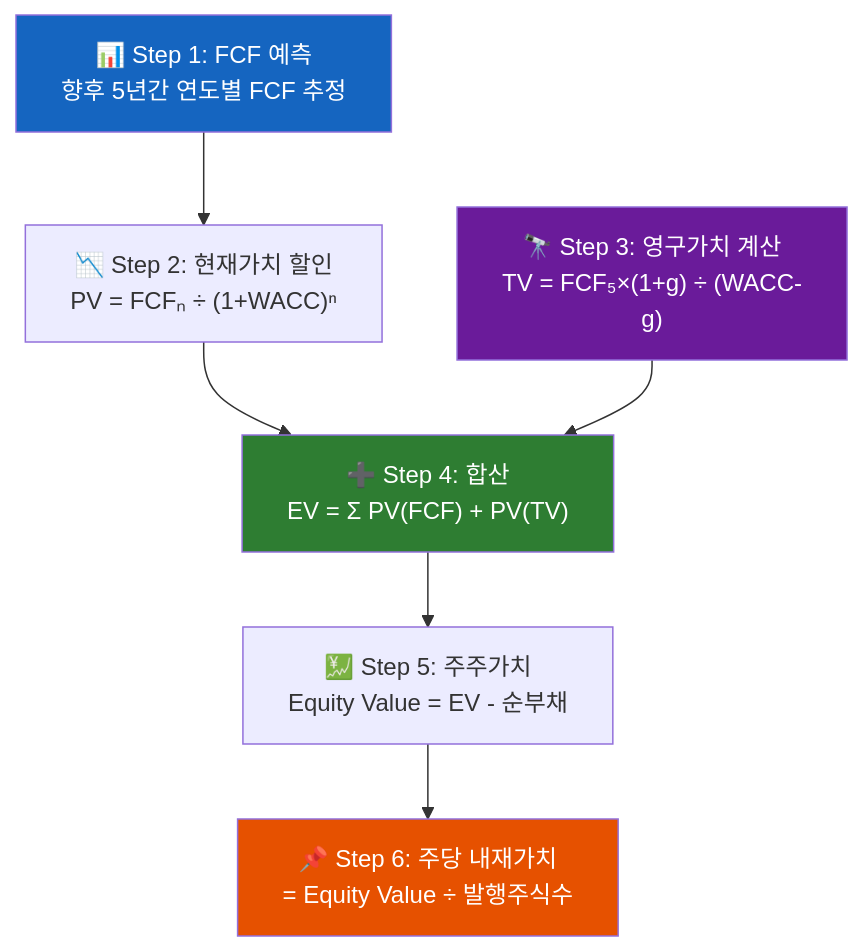
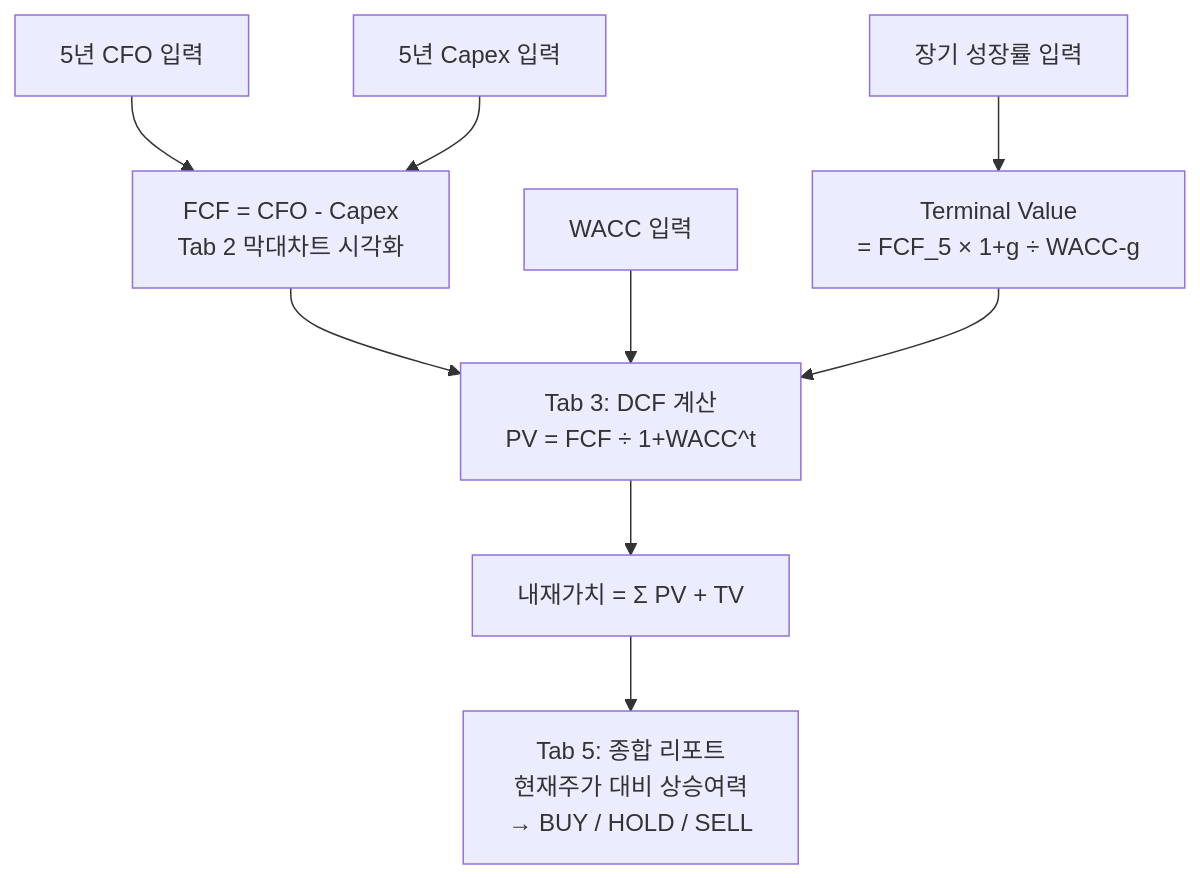
Before and after one commit to edumgt/python-quant: the fourth of 7 diagrams in docs/08.md, drawn with Mermaid. The commit also changed other lines of this file and 36 other files, not shown here.

````diff
--- a/docs/08.md
+++ b/docs/08.md
@@ -323,18 +678,11 @@
 ```mermaid
 flowchart TD
-    FCF["📊 Step 1: FCF 예측\n향후 5년간 연도별 FCF 추정"]
-    DISC["📉 Step 2: 현재가치 할인\nPV = FCFₙ ÷ (1+WACC)ⁿ"]
-    TV["🔭 Step 3: 영구가치 계산\nTV = FCF₅×(1+g) ÷ (WACC-g)"]
-    SUM["➕ Step 4: 합산\nEV = Σ PV(FCF) + PV(TV)"]
-    EQ["💹 Step 5: 주주가치\nEquity Value = EV - 순부채"]
-    SPS["📌 Step 6: 주당 내재가치\n= Equity Value ÷ 발행주식수"]
-
-    FCF --> DISC --> SUM
-    TV --> SUM
-    SUM --> EQ --> SPS
-
-    style FCF fill:#1565C0,color:#fff
-    style TV fill:#6A1B9A,color:#fff
-    style SUM fill:#2E7D32,color:#fff
-    style SPS fill:#E65100,color:#fff
+    In1[5년 CFO 입력] --> FCF[FCF = CFO - Capex\nTab 2 막대차트 시각화]
+    In2[5년 Capex 입력] --> FCF
+    FCF --> DCF[Tab 3: DCF 계산\nPV = FCF ÷ 1+WACC^t]
+    WACC[WACC 입력] --> DCF
+    GR[장기 성장률 입력] --> TV[Terminal Value\n= FCF_5 × 1+g ÷ WACC-g]
+    TV --> DCF
+    DCF --> IV[내재가치 = Σ PV + TV]
+    IV --> RPT[Tab 5: 종합 리포트\n현재주가 대비 상승여력\n→ BUY / HOLD / SELL]
 ```
````
